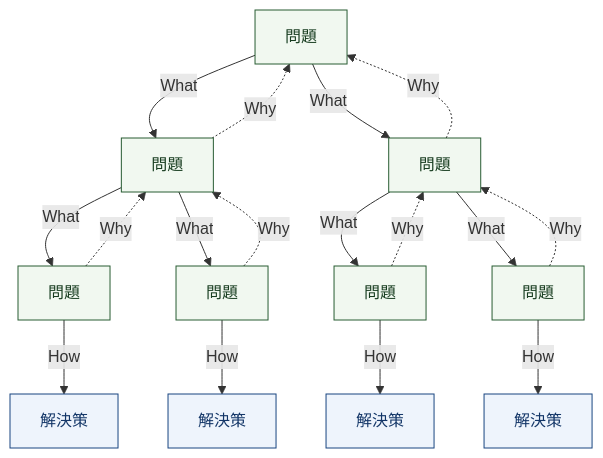
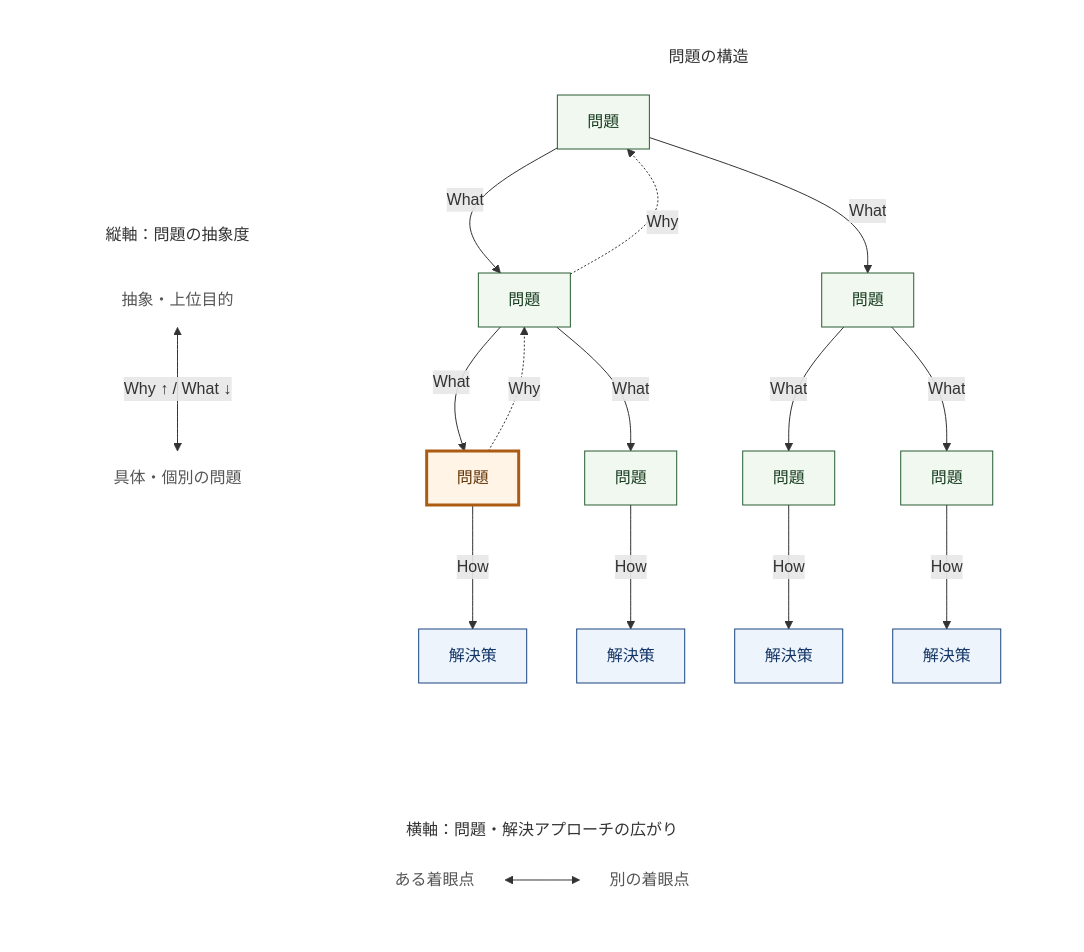
One commit to watanabetatsumi/my-product-harness changed the diagram in skills/problem-framing/SKILL.md. Above: the diagram before and after it, drawn with Mermaid. The commit also changed other lines of this file and 2 other files, not shown here.

Commit message:
feat: problem-framingのskillsを追加

````diff
--- a/skills/problem-framing/SKILL.md
+++ b/skills/problem-framing/SKILL.md
@@ -38,34 +45,55 @@
 ```mermaid
-flowchart TD
-    root["問題"]
-    problemA["問題"]
-    problemB["問題"]
-    problemC["問題"]
-    problemD["問題"]
-    problemE["問題"]
-    problemF["問題"]
+flowchart TB
+    subgraph map[" "]
+        direction LR
+        subgraph verticalAxis["縦軸：問題の抽象度"]
+            direction TB
+            abstract["抽象・上位目的"] <-->|"Why ↑ / What ↓"| concrete["具体・個別の問題"]
+        end
+        subgraph problemTree["問題の構造"]
+            direction TB
+            root["問題"]
+            problemA["問題"]
+            problemB["問題"]
+            problemC["問題"]
+            problemD["問題"]
+            problemE["問題"]
+            problemF["問題"]
 
-    root -->|What| problemA
-    root -->|What| problemB
-    problemA -->|What| problemC
-    problemA -->|What| problemD
-    problemB -->|What| problemE
-    problemB -->|What| problemF
+            root -->|What| problemA
+            root -->|What| problemB
+            problemA -->|What| problemC
+            problemA -->|What| problemD
+            problemB -->|What| problemE
+            problemB -->|What| problemF
 
-    problemA -.->|Why| root
-    problemB -.->|Why| root
-    problemC -.->|Why| problemA
-    problemD -.->|Why| problemA
-    problemE -.->|Why| problemB
-    problemF -.->|Why| problemB
+            problemC -.->|Why| problemA
+            problemA -.->|Why| root
 
-    problemC -->|How| solutionA["解決策"]
-    problemD -->|How| solutionB["解決策"]
-    problemE -->|How| solutionC["解決策"]
-    problemF -->|How| solutionD["解決策"]
+            problemC -->|How| solutionA["解決策"]
+            problemD -->|How| solutionB["解決策"]
+            problemE -->|How| solutionC["解決策"]
+            problemF -->|How| solutionD["解決策"]
+        end
+        verticalAxis ~~~ problemTree
+    end
+
+    subgraph horizontalAxis["横軸：問題・解決アプローチの広がり"]
+        direction LR
+        approachA["ある着眼点"] <--> approachB["別の着眼点"]
+    end
+    map ~~~ horizontalAxis
 
     classDef problem fill:#f1f8f0,stroke:#285c32,color:#183d20
     classDef solution fill:#eef4fc,stroke:#184580,color:#123567
-    class root,problemA,problemB,problemC,problemD,problemE,problemF problem
+    classDef startingPoint fill:#fff4e5,stroke:#ac5b12,stroke-width:3px,color:#633507
+    classDef axis fill:transparent,stroke:transparent,color:#555
+    class root,problemA,problemB,problemD,problemE,problemF problem
+    class problemC startingPoint
     class solutionA,solutionB,solutionC,solutionD solution
+    class abstract,concrete,approachA,approachB axis
+    style map fill:transparent,stroke:transparent
+    style verticalAxis fill:transparent,stroke:transparent
+    style horizontalAxis fill:transparent,stroke:transparent
+    style problemTree fill:transparent,stroke:transparent
 ```
````
